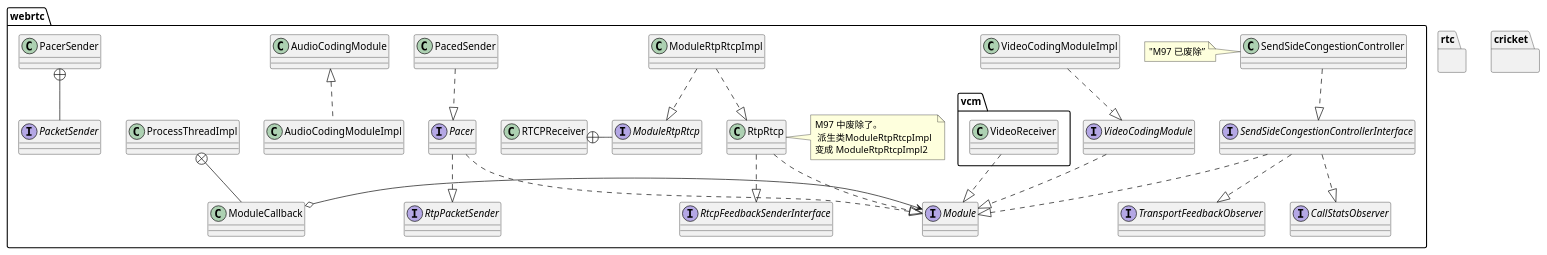
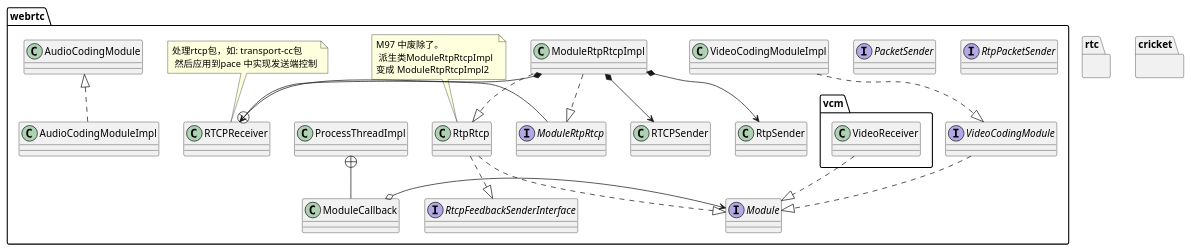
One commit to mingxin505/webrtcNote changed the first of 8 diagrams in webrtc_chrome/modules.md. Above: the diagram before and after it, drawn with PlantUML. The commit also changed other lines of this file and 7 other files, not shown here.

````diff
--- a/webrtc_chrome/modules.md
+++ b/webrtc_chrome/modules.md
@@ -3,54 +4,47 @@
 ```plantuml
 @startuml
 namespace webrtc {
-interface Module
-interface ModuleRtpRtcp
-interface RtcpFeedbackSenderInterface
-interface VideoCodingModule
-interface RtpPacketSender
-interface PacketSender
-interface Pacer
-interface SendSideCongestionControllerInterface
-interface TransportFeedbackObserver
-interface CallStatsObserver
-namespace vcm {
-    VideoReceiver ..|> webrtc.Module
-}
-RTCPReceiver +- ModuleRtpRtcp
+    interface Module
+    interface ModuleRtpRtcp
+    interface RtcpFeedbackSenderInterface
+    interface VideoCodingModule
+    interface RtpPacketSender
+    interface PacketSender
 
-ProcessThreadImpl +-- ModuleCallback
-ModuleCallback o-> Module
+    namespace vcm {
+        VideoReceiver ..|> webrtc.Module
+    }
+    RTCPReceiver +- ModuleRtpRtcp
 
-ModuleRtpRtcpImpl ..|> RtpRtcp
-note right: M97 中废除了。\n 派生类ModuleRtpRtcpImpl \n变成 ModuleRtpRtcpImpl2
-ModuleRtpRtcpImpl ..|> ModuleRtpRtcp
+    ProcessThreadImpl +-- ModuleCallback
+    ModuleCallback o-> Module
 
-RtpRtcp ..|> RtcpFeedbackSenderInterface
-RtpRtcp ..|> Module
+    ModuleRtpRtcpImpl ..|> RtpRtcp
+
+    ModuleRtpRtcpImpl ..|> ModuleRtpRtcp
+    ModuleRtpRtcpImpl *--> RTCPSender
+    ModuleRtpRtcpImpl *--> RTCPReceiver
+    ModuleRtpRtcpImpl *--> RtpSender
+    RtpRtcp ..|> RtcpFeedbackSenderInterface
+    RtpRtcp ..|> Module
 
 
-VideoCodingModuleImpl ..|> VideoCodingModule
-VideoCodingModule ..|> Module
+    VideoCodingModuleImpl ..|> VideoCodingModule
+    VideoCodingModule ..|> Module
 
-AudioCodingModule <|.. AudioCodingModuleImpl
-PacedSender ..|> Pacer
-Pacer ..|> Module
-Pacer ..|> RtpPacketSender
+    AudioCodingModule <|.. AudioCodingModuleImpl
 
-PacerSender +-- PacketSender
+    note  "M97 中废除了。\n 派生类ModuleRtpRtcpImpl \n变成 ModuleRtpRtcpImpl2" as N2
+    note "处理rtcp包，如: transport-cc包\n 然后应用到pace 中实现发送端控制" as N1
 
-SendSideCongestionController ..|> SendSideCongestionControllerInterface
-note left: "M97 已废除”
-SendSideCongestionControllerInterface ..|> Module
-SendSideCongestionControllerInterface ..|> TransportFeedbackObserver
-SendSideCongestionControllerInterface ..|> CallStatsObserver
-
+    N1 .. RTCPReceiver
+    N2 .. RtpRtcp
 }
 package rtc {
 
 }
 package cricket {
 
 }
 @enduml
 ```
````
